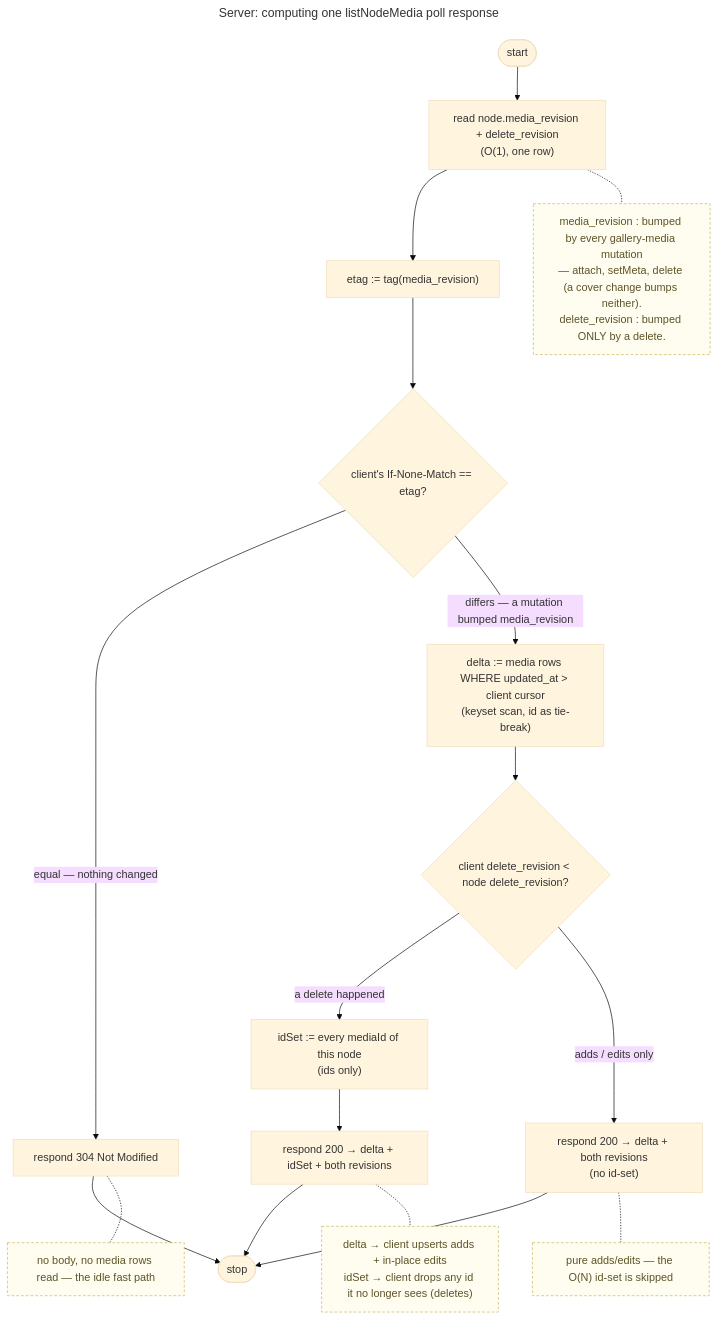
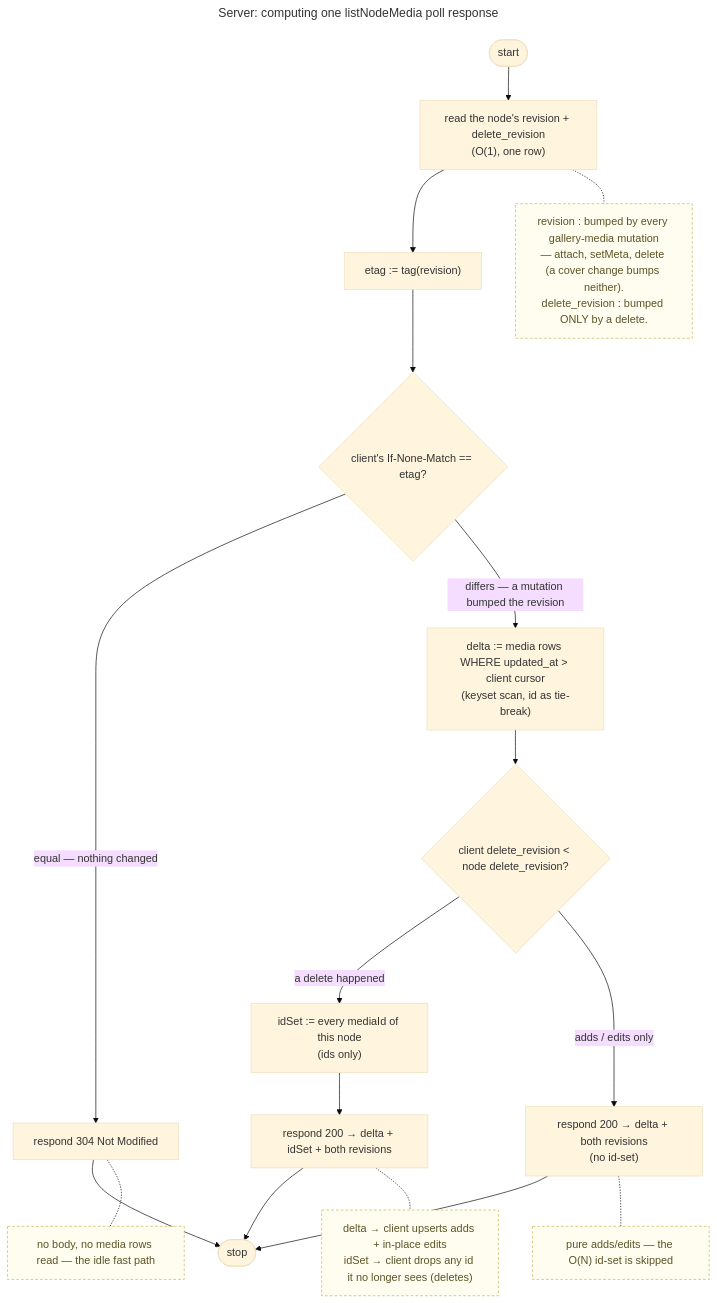
Before and after one commit to raddatzk/veyq: the diagram in docs/decisions/0033-live-media-updates-revision-polling.md, drawn with Mermaid (base theme). The commit also changed other lines of this file and 13 other files, not shown here.

````diff
--- a/docs/decisions/0033-live-media-updates-revision-polling.md
+++ b/docs/decisions/0033-live-media-updates-revision-polling.md
@@ -71,41 +86,41 @@
 ```mermaid
 ---
 title: "Server: computing one listNodeMedia poll response"
 ---
 flowchart TB
   START(["start"])
-  READ["read node.media_revision + delete_revision<br>(O(1), one row)"]
-  ETAG["etag := tag(media_revision)"]
+  READ["read the node's revision + delete_revision<br>(O(1), one row)"]
+  ETAG["etag := tag(revision)"]
   Q1{"client's If-None-Match == etag?"}
   R304["respond 304 Not Modified"]
   DELTA["delta := media rows WHERE updated_at > client cursor<br>(keyset scan, id as tie-break)"]
   Q2{"client delete_revision < node delete_revision?"}
   IDSET["idSet := every mediaId of this node<br>(ids only)"]
   R200A["respond 200 → delta + idSet + both revisions"]
   R200B["respond 200 → delta + both revisions<br>(no id-set)"]
   STOP(["stop"])
-  N1["media_revision : bumped by every gallery-media mutation<br>— attach, setMeta, delete (a cover change bumps neither).<br>delete_revision : bumped ONLY by a delete."]
+  N1["revision : bumped by every gallery-media mutation<br>— attach, setMeta, delete (a cover change bumps neither).<br>delete_revision : bumped ONLY by a delete."]
   N2["no body, no media rows read — the idle fast path"]
   N3["delta → client upserts adds + in-place edits<br>idSet → client drops any id it no longer sees (deletes)"]
   N4["pure adds/edits — the O(N) id-set is skipped"]
 
   START --> READ
   READ --> ETAG
   ETAG --> Q1
   Q1 -->|"equal — nothing changed"| R304
-  Q1 -->|"differs — a mutation bumped media_revision"| DELTA
+  Q1 -->|"differs — a mutation bumped the revision"| DELTA
   R304 --> STOP
   DELTA --> Q2
   Q2 -->|"a delete happened"| IDSET
   IDSET --> R200A
   Q2 -->|"adds / edits only"| R200B
   R200A --> STOP
   R200B --> STOP
   READ -.- N1
   R304 -.- N2
   R200A -.- N3
   R200B -.- N4
 
   classDef note fill:#fffdf0,stroke:#c9b458,stroke-dasharray:4 3,color:#5c5326
   class N1,N2,N3,N4 note
 ```
````
